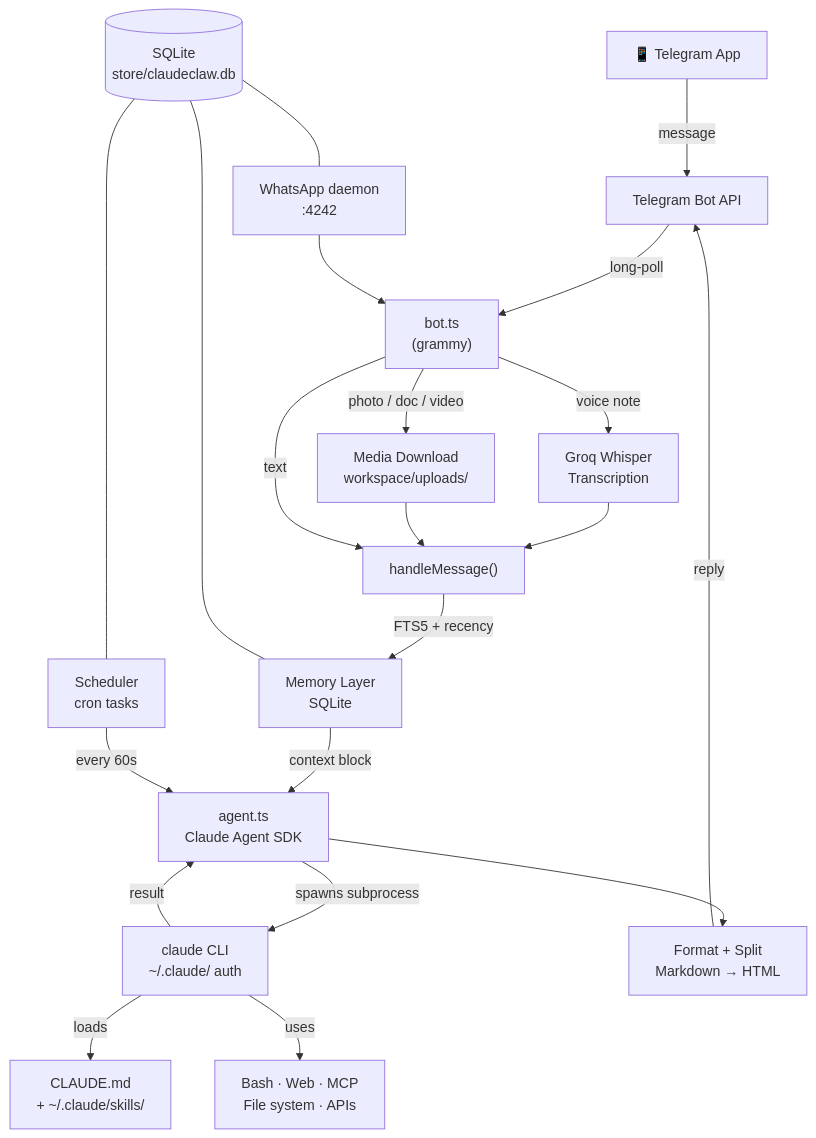
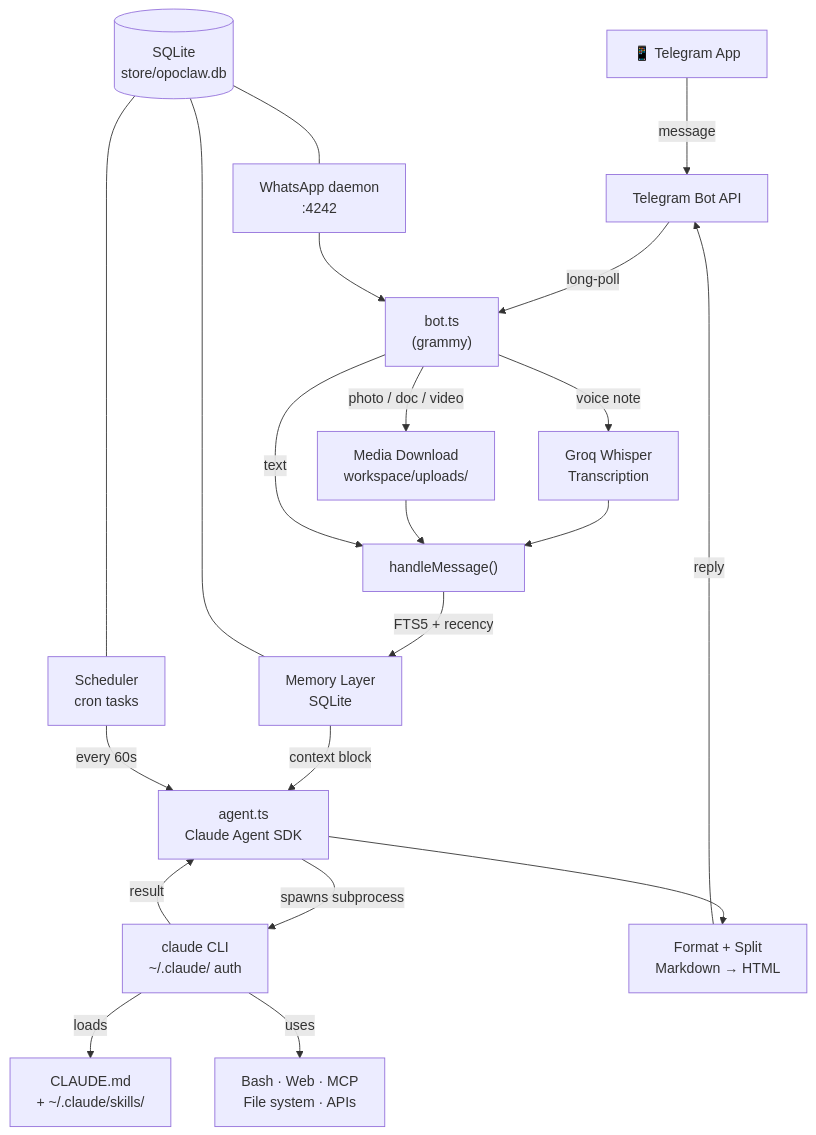
Before and after one commit to gonzaestradag/opoclaw: the diagram in README.md, drawn with Mermaid. The commit also changed other lines of this file, not shown here.

````diff
--- a/README.md
+++ b/README.md
@@ -1204,29 +1204,29 @@
 ```mermaid
 flowchart TD
     Phone["📱 Telegram App"] -->|message| TGAPI["Telegram Bot API"]
     TGAPI -->|long-poll| Bot["bot.ts\n(grammy)"]
 
     Bot -->|voice note| STT["Groq Whisper\nTranscription"]
     Bot -->|photo / doc / video| DL["Media Download\nworkspace/uploads/"]
     STT --> Handler
     DL --> Handler
     Bot -->|text| Handler["handleMessage()"]
 
     Handler -->|FTS5 + recency| Mem["Memory Layer\nSQLite"]
     Mem -->|context block| Agent
 
     Agent["agent.ts\nClaude Agent SDK"] -->|spawns subprocess| CC["claude CLI\n~/.claude/ auth"]
     CC -->|loads| Config["CLAUDE.md\n+ ~/.claude/skills/"]
     CC -->|uses| Tools["Bash · Web · MCP\nFile system · APIs"]
     CC -->|result| Agent
 
     Agent --> Format["Format + Split\nMarkdown → HTML"]
     Format -->|reply| TGAPI
 
     Sched["Scheduler\ncron tasks"] -->|every 60s| Agent
     WA["WhatsApp daemon\n:4242"] --> Bot
 
-    DB[("SQLite\nstore/claudeclaw.db")] --- Mem
+    DB[("SQLite\nstore/opoclaw.db")] --- Mem
     DB --- Sched
     DB --- WA
 ```
````
